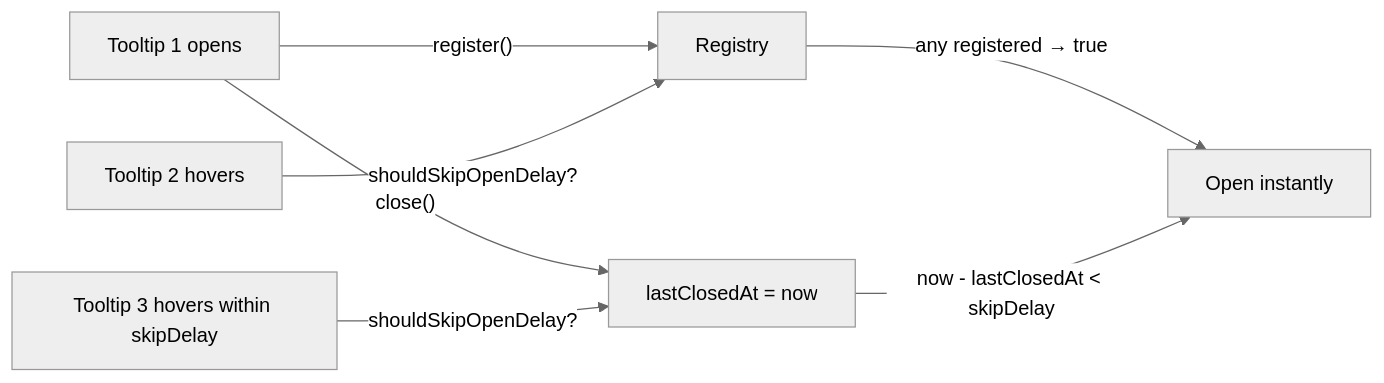
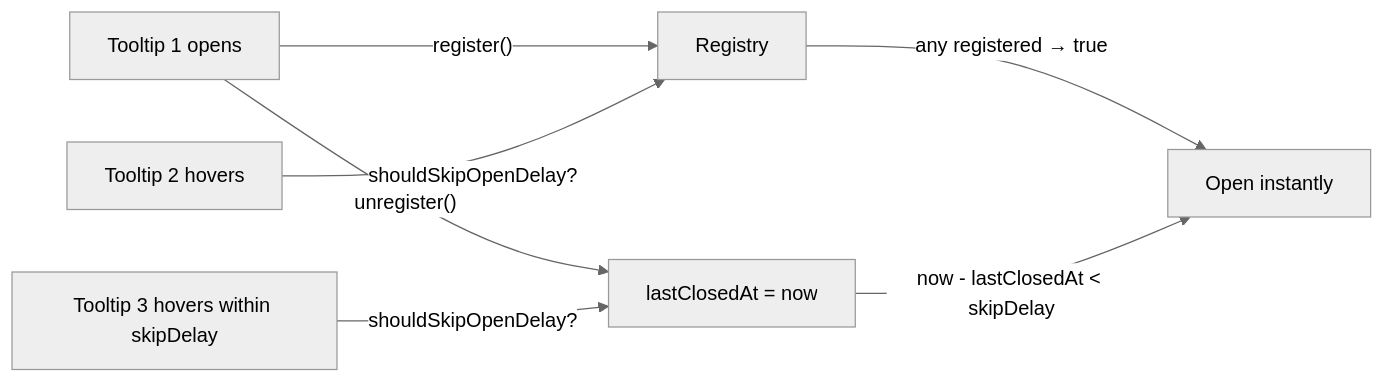
Before and after one commit to vuetifyjs/0: the diagram in apps/docs/src/pages/composables/plugins/use-tooltip.md, drawn with Mermaid (neutral theme). The commit also changed other lines of this file and 55 other files, not shown here.

````diff
--- a/apps/docs/src/pages/composables/plugins/use-tooltip.md
+++ b/apps/docs/src/pages/composables/plugins/use-tooltip.md
@@ -69,9 +69,9 @@
 ```mermaid "Skip-window coordination"
 flowchart LR
   T1[Tooltip 1 opens] -- "register()" --> Registry
   T2[Tooltip 2 hovers] -- "shouldSkipOpenDelay?" --> Registry
   Registry -- "any registered → true" --> Skip[Open instantly]
-  T1 -- "close()" --> LastClosed[lastClosedAt = now]
+  T1 -- "unregister()" --> LastClosed[lastClosedAt = now]
   T3[Tooltip 3 hovers within skipDelay] -- "shouldSkipOpenDelay?" --> LastClosed
   LastClosed -- "now - lastClosedAt < skipDelay" --> Skip
 ```
````
